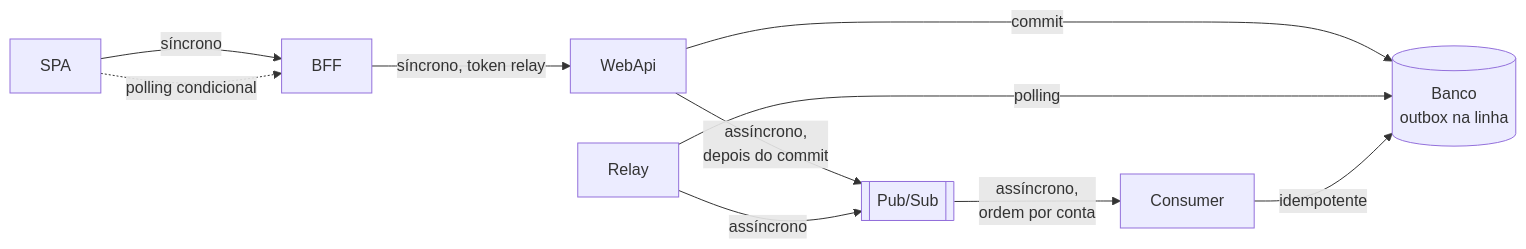
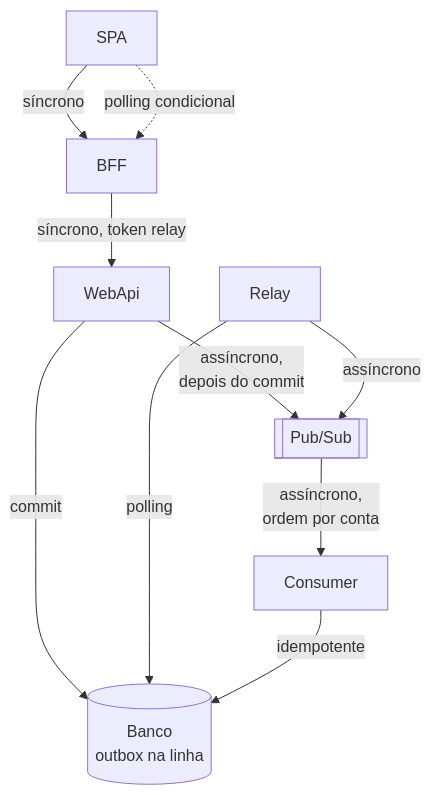
The second of 3 diagrams in docs/arquitetura/solucao/04-integracao-e-contratos.md (michellerodrigues/lancamentos-diarios-poc), drawn with Mermaid before and after one commit. The commit also changed other lines of this file and 45 other files, not shown here.

````diff
--- a/docs/arquitetura/solucao/04-integracao-e-contratos.md
+++ b/docs/arquitetura/solucao/04-integracao-e-contratos.md
@@ -35,12 +59,12 @@
 ```mermaid
-flowchart LR
+flowchart TB
     spa["SPA"] -->|"síncrono"| bff["BFF"]
     bff -->|"síncrono, token relay"| webapi["WebApi"]
     webapi -->|"commit"| db[("Banco<br/>outbox na linha")]
     webapi -->|"assíncrono,<br/>depois do commit"| ps[["Pub/Sub"]]
     relay["Relay"] -->|"polling"| db
     relay -->|"assíncrono"| ps
     ps -->|"assíncrono,<br/>ordem por conta"| consumer["Consumer"]
     consumer -->|"idempotente"| db
     spa -.->|"polling condicional"| bff
 ```
````
